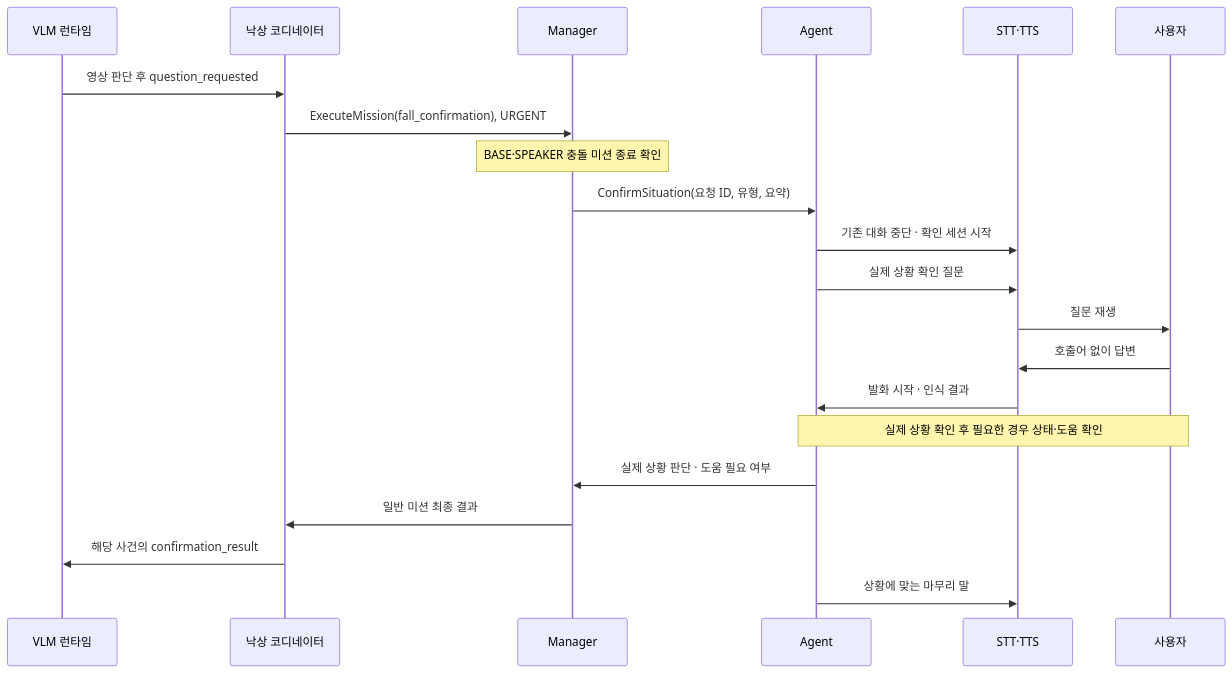
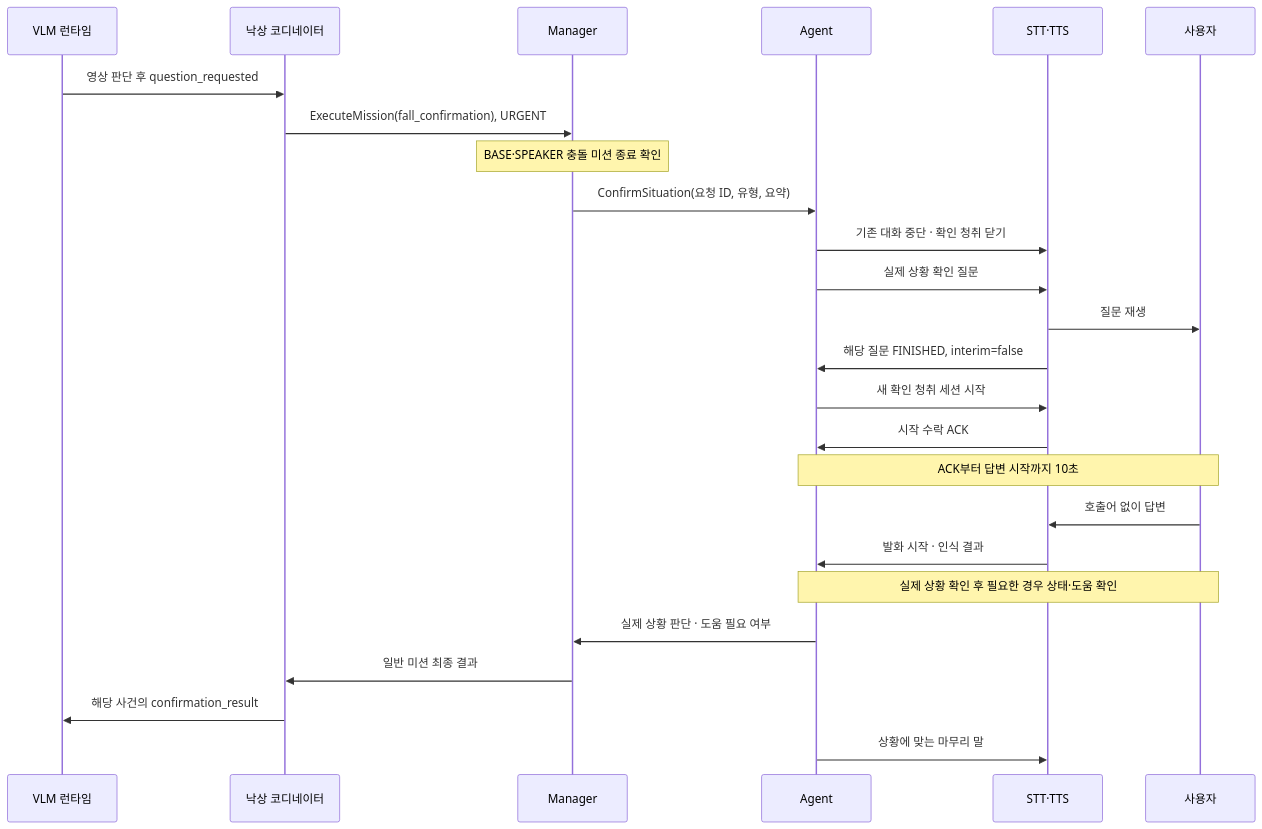
The diagram in malbut_agent_server/docs/fall/agent_fall_implementation.md (SWM-malbut/malbut), drawn with Mermaid before and after one commit. The commit also changed other lines of this file and 19 other files, not shown here.

````diff
--- a/malbut_agent_server/docs/fall/agent_fall_implementation.md
+++ b/malbut_agent_server/docs/fall/agent_fall_implementation.md
@@ -20,23 +20,27 @@
 ```mermaid
 sequenceDiagram
     participant V as VLM 런타임
     participant F as 낙상 코디네이터
     participant M as Manager
     participant A as Agent
     participant S as STT·TTS
     participant U as 사용자
     V->>F: 영상 판단 후 question_requested
     F->>M: ExecuteMission(fall_confirmation), URGENT
     Note over M: BASE·SPEAKER 충돌 미션 종료 확인
     M->>A: ConfirmSituation(요청 ID, 유형, 요약)
-    A->>S: 기존 대화 중단 · 확인 세션 시작
+    A->>S: 기존 대화 중단 · 확인 청취 닫기
     A->>S: 실제 상황 확인 질문
     S->>U: 질문 재생
+    S->>A: 해당 질문 FINISHED, interim=false
+    A->>S: 새 확인 청취 세션 시작
+    S->>A: 시작 수락 ACK
+    Note over A,U: ACK부터 답변 시작까지 10초
     U->>S: 호출어 없이 답변
     S->>A: 발화 시작 · 인식 결과
     Note over A,U: 실제 상황 확인 후 필요한 경우 상태·도움 확인
     A->>M: 실제 상황 판단 · 도움 필요 여부
     M->>F: 일반 미션 최종 결과
     F->>V: 해당 사건의 confirmation_result
     A->>S: 상황에 맞는 마무리 말
 ```
````
